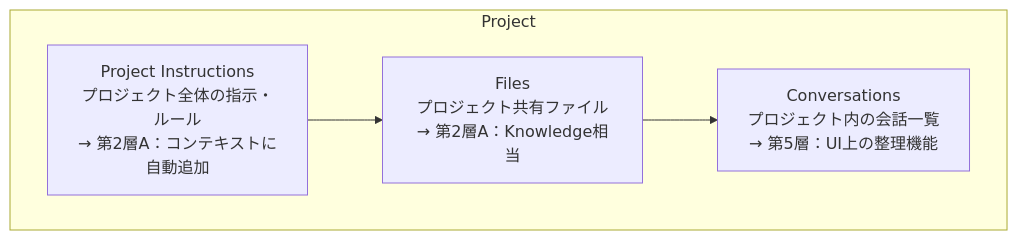
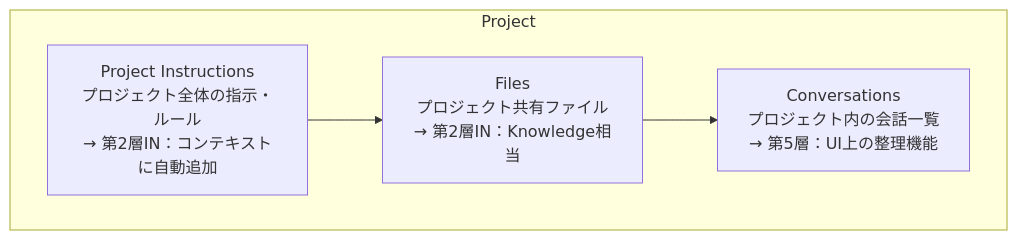
Before and after one commit to fsitlab/zenn: the fourth of 5 diagrams in books/ai-agent-layered-map/07-5-chatgpt.md, drawn with Mermaid. The commit also changed other lines of this file and 12 other files, not shown here.

````diff
--- a/books/ai-agent-layered-map/07-5-chatgpt.md
+++ b/books/ai-agent-layered-map/07-5-chatgpt.md
@@ -223,10 +223,10 @@
 ```mermaid
 flowchart TB
     subgraph Project["Project"]
-        Instructions["Project Instructions<br/>プロジェクト全体の指示・ルール<br/>→ 第2層A：コンテキストに自動追加"]
-        Files["Files<br/>プロジェクト共有ファイル<br/>→ 第2層A：Knowledge相当"]
+        Instructions["Project Instructions<br/>プロジェクト全体の指示・ルール<br/>→ 第2層IN：コンテキストに自動追加"]
+        Files["Files<br/>プロジェクト共有ファイル<br/>→ 第2層IN：Knowledge相当"]
         Conversations["Conversations<br/>プロジェクト内の会話一覧<br/>→ 第5層：UI上の整理機能"]
     end
 
     Instructions --> Files --> Conversations
 ```
````
